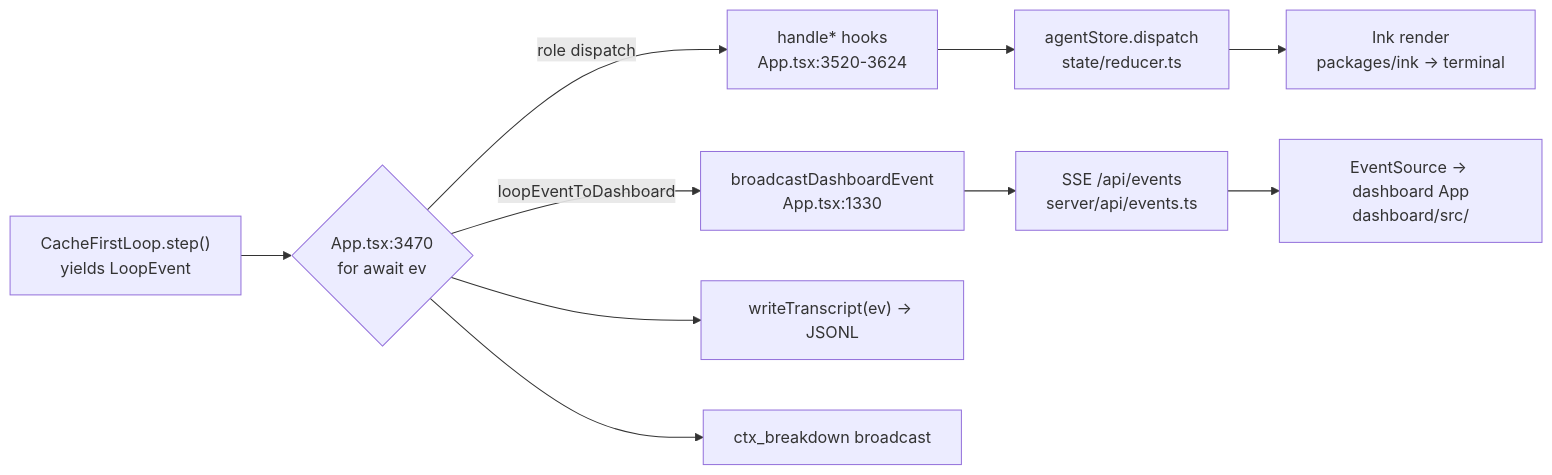
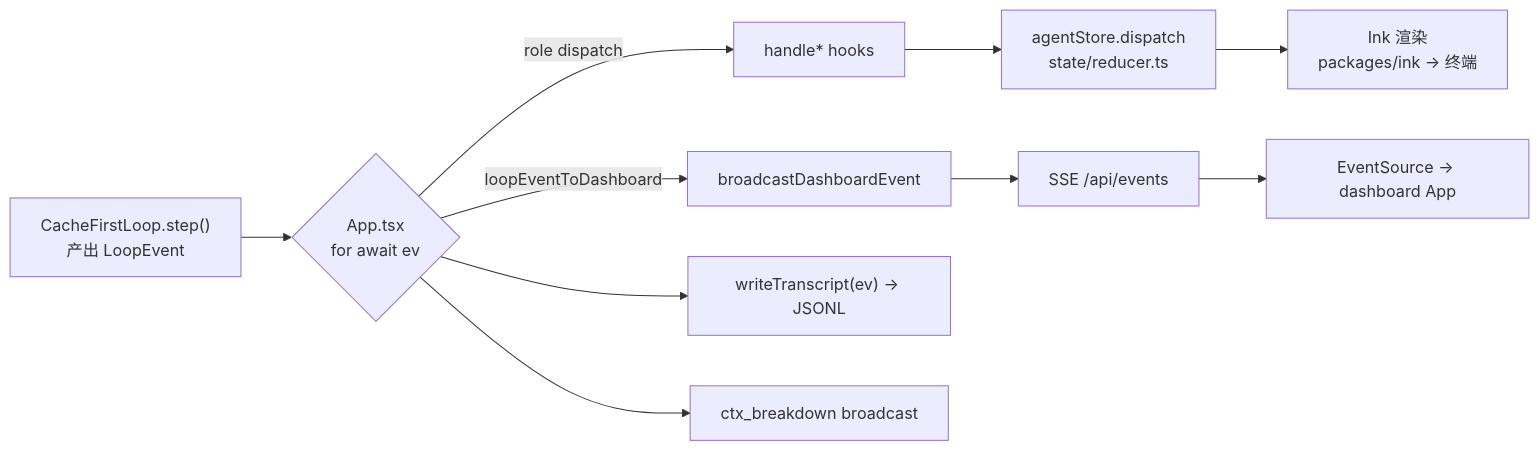
The sixth of 7 diagrams in docs/flow-overview.md (Zehee/Reasonix-Code), drawn with Mermaid before and after one commit. The commit also changed other lines of this file and 10 other files, not shown here.

````diff
--- a/docs/flow-overview.md
+++ b/docs/flow-overview.md
@@ -222,15 +212,15 @@
 ```mermaid
 flowchart LR
-    LOOP["CacheFirstLoop.step()<br/>yields LoopEvent"] --> FAN{"App.tsx:3470<br/>for await ev"}
+    LOOP["CacheFirstLoop.step()<br/>产出 LoopEvent"] --> FAN{"App.tsx<br/>for await ev"}
 
-    FAN -->|role dispatch| TUIH["handle* hooks<br/>App.tsx:3520-3624"]
+    FAN -->|role dispatch| TUIH["handle* hooks"]
     TUIH --> STORE["agentStore.dispatch<br/>state/reducer.ts"]
-    STORE --> INK["Ink render<br/>packages/ink → terminal"]
+    STORE --> INK["Ink 渲染<br/>packages/ink → 终端"]
 
-    FAN -->|loopEventToDashboard| BSE["broadcastDashboardEvent<br/>App.tsx:1330"]
-    BSE --> SSE["SSE /api/events<br/>server/api/events.ts"]
-    SSE --> BROWSER["EventSource → dashboard App<br/>dashboard/src/"]
+    FAN -->|loopEventToDashboard| BSE["broadcastDashboardEvent"]
+    BSE --> SSE["SSE /api/events"]
+    SSE --> BROWSER["EventSource → dashboard App"]
 
     FAN --> TRANS["writeTranscript(ev) → JSONL"]
     FAN --> CTXB["ctx_breakdown broadcast"]
 ```
````
